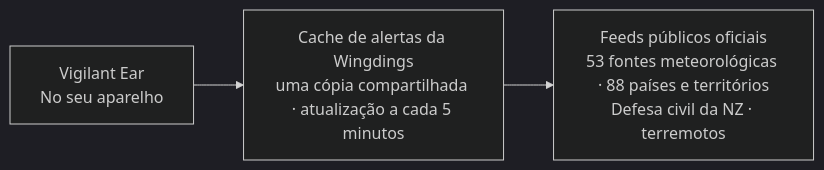
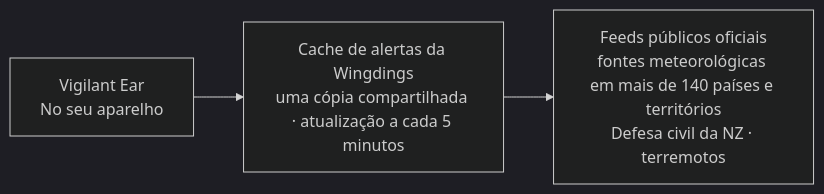
One commit to rpalm01-star/VigilantEarLegal changed the fourth of 4 diagrams in README_pt-BR.md. Above: the diagram before and after it, drawn with Mermaid (dark theme). The commit also changed other lines of this file and 59 other files, not shown here.

````diff
--- a/README_pt-BR.md
+++ b/README_pt-BR.md
@@ -182,5 +182,5 @@
 ```mermaid
 graph LR
     P1["Vigilant Ear<br/>No seu aparelho"] --> W["Cache de alertas da Wingdings<br/>uma cópia compartilhada · atualização a cada 5 minutos"]
-    W --> N["Feeds públicos oficiais<br/>53 fontes meteorológicas · 88 países e territórios<br/>Defesa civil da NZ · terremotos"]
+    W --> N["Feeds públicos oficiais<br/>fontes meteorológicas em mais de 140 países e territórios<br/>Defesa civil da NZ · terremotos"]
 ```
````
